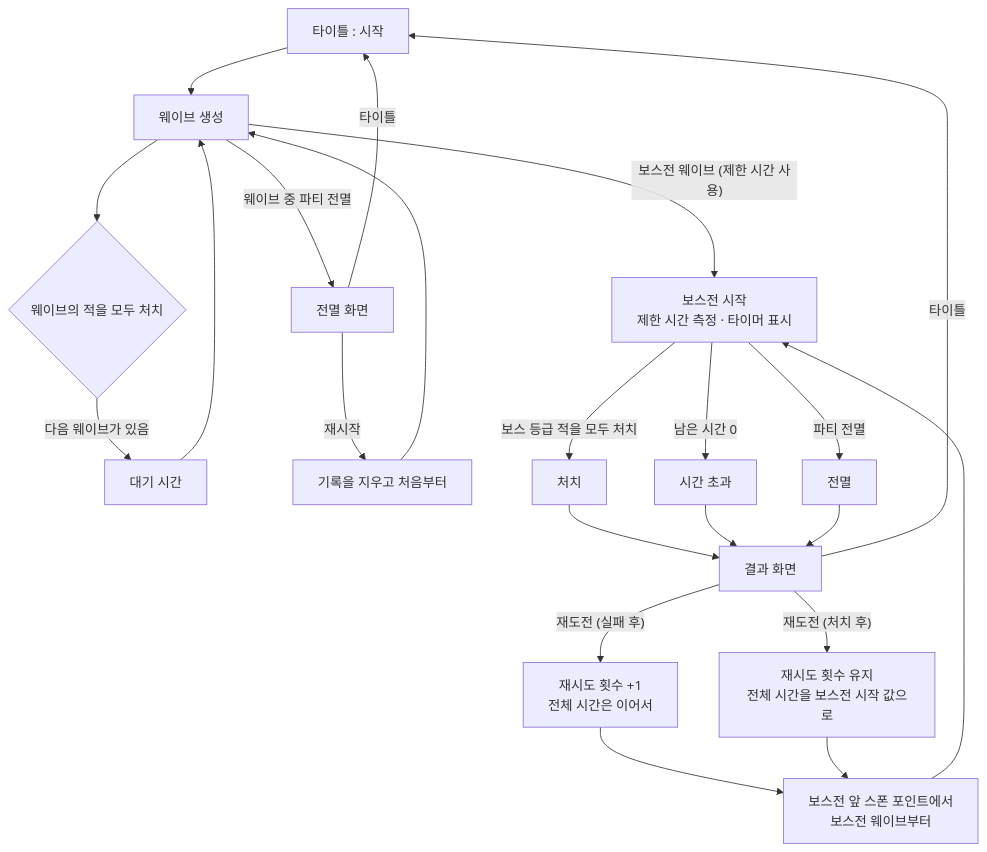
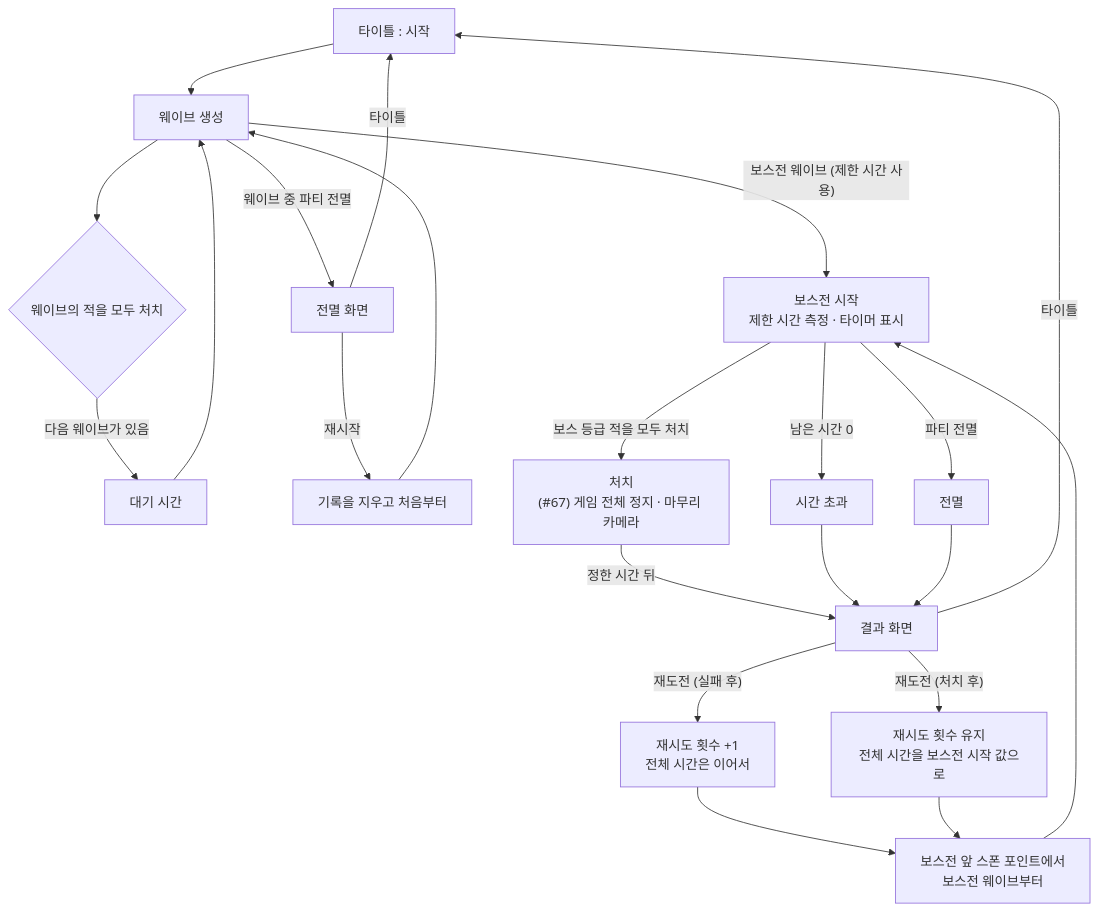
Before and after one commit to SquashPrince/Develrocket_mp15_HHH: the first of 4 diagrams in Docs/Technical/Game/GameFlow.md, drawn with Mermaid. The commit also changed other lines of this file and 10 other files, not shown here.

````diff
--- a/Docs/Technical/Game/GameFlow.md
+++ b/Docs/Technical/Game/GameFlow.md
@@ -25,18 +25,19 @@
 ```mermaid
 flowchart TD
     T["타이틀 : 시작"] --> W["웨이브 생성"]
     W --> C{"웨이브의 적을 모두 처치"}
     C -->|"다음 웨이브가 있음"| WT["대기 시간"] --> W
     W -->|"보스전 웨이브 (제한 시간 사용)"| B["보스전 시작<br>제한 시간 측정 · 타이머 표시"]
     W -->|"웨이브 중 파티 전멸"| WW["전멸 화면"]
     WW -->|"재시작"| RS["기록을 지우고 처음부터"] --> W
     WW -->|"타이틀"| T
-    B -->|"보스 등급 적을 모두 처치"| BC["처치"]
+    B -->|"보스 등급 적을 모두 처치"| BC["처치<br>(#67) 게임 전체 정지 · 마무리 카메라"]
     B -->|"남은 시간 0"| BT["시간 초과"]
     B -->|"파티 전멸"| BW["전멸"]
-    BC & BT & BW --> R["결과 화면"]
+    BC -->|"정한 시간 뒤"| R["결과 화면"]
+    BT & BW --> R
     R -->|"재도전 (실패 후)"| RF["재시도 횟수 +1<br>전체 시간은 이어서"] --> CP["보스전 앞 스폰 포인트에서<br>보스전 웨이브부터"]
     R -->|"재도전 (처치 후)"| RC["재시도 횟수 유지<br>전체 시간을 보스전 시작 값으로"] --> CP
     CP --> B
     R -->|"타이틀"| T
 ```
````
